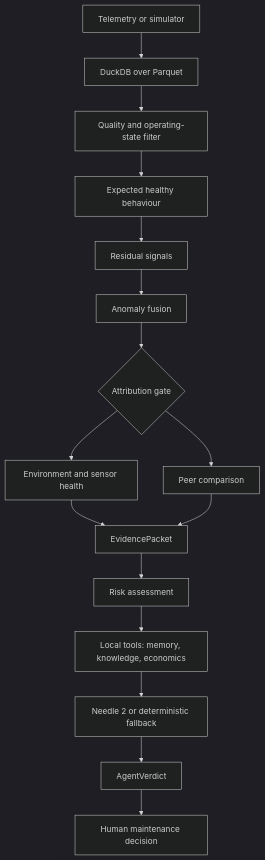
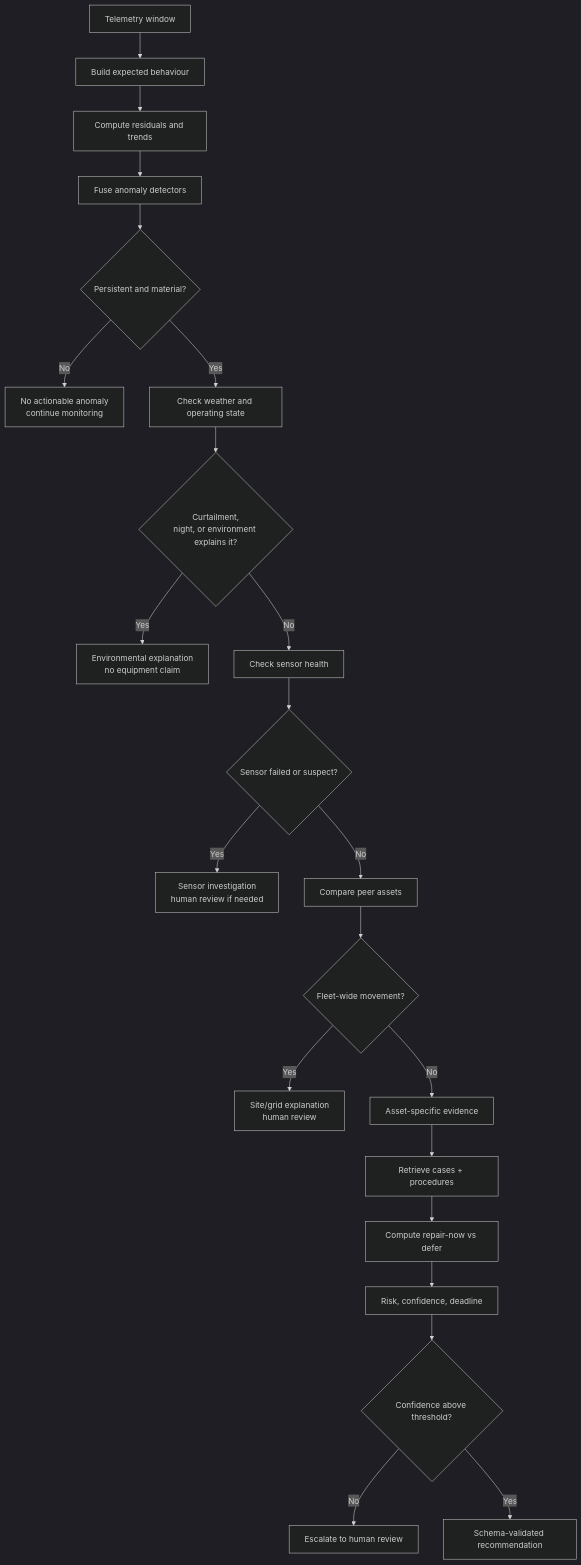
Before and after one commit to Krishna-Modi12/RAI: the second of 2 diagrams in README.md, drawn with Mermaid (dark theme). The commit also changed other lines of this file and 2 other files, not shown here.

First line of the commit message:
docs: refresh architecture and getting started guide

````diff
--- a/README.md
+++ b/README.md
@@ -96,18 +176,24 @@
 ```mermaid
 flowchart TD
-    A[Telemetry or simulator] --> B[DuckDB over Parquet]
-    B --> C[Quality and operating-state filter]
-    C --> D[Expected healthy behaviour]
-    D --> E[Residual signals]
-    E --> F[Anomaly fusion]
-    F --> G{Attribution gate}
-    G --> H[Environment and sensor health]
-    G --> I[Peer comparison]
-    H --> J[EvidencePacket]
-    I --> J
-    J --> K[Risk assessment]
-    K --> L[Local tools: memory, knowledge, economics]
-    L --> M[Needle 2 or deterministic fallback]
-    M --> N[AgentVerdict]
-    N --> O[Human maintenance decision]
+    A["Telemetry window"] --> B["Build expected behaviour"]
+    B --> C["Compute residuals and trends"]
+    C --> D["Fuse anomaly detectors"]
+    D --> E{"Persistent and material?"}
+    E -- "No" --> N["No actionable anomaly<br/>continue monitoring"]
+    E -- "Yes" --> F["Check weather and operating state"]
+    F --> G{"Curtailment,<br/>night, or environment explains it?"}
+    G -- "Yes" --> H["Environmental explanation<br/>no equipment claim"]
+    G -- "No" --> I["Check sensor health"]
+    I --> J{"Sensor failed or suspect?"}
+    J -- "Yes" --> K["Sensor investigation<br/>human review if needed"]
+    J -- "No" --> L["Compare peer assets"]
+    L --> M{"Fleet-wide movement?"}
+    M -- "Yes" --> O["Site/grid explanation<br/>human review"]
+    M -- "No" --> P["Asset-specific evidence"]
+    P --> Q["Retrieve cases + procedures"]
+    Q --> R["Compute repair-now vs defer"]
+    R --> S["Risk, confidence, deadline"]
+    S --> T{"Confidence above threshold?"}
+    T -- "No" --> U["Escalate to human review"]
+    T -- "Yes" --> V["Schema-validated recommendation"]
 ```
````
